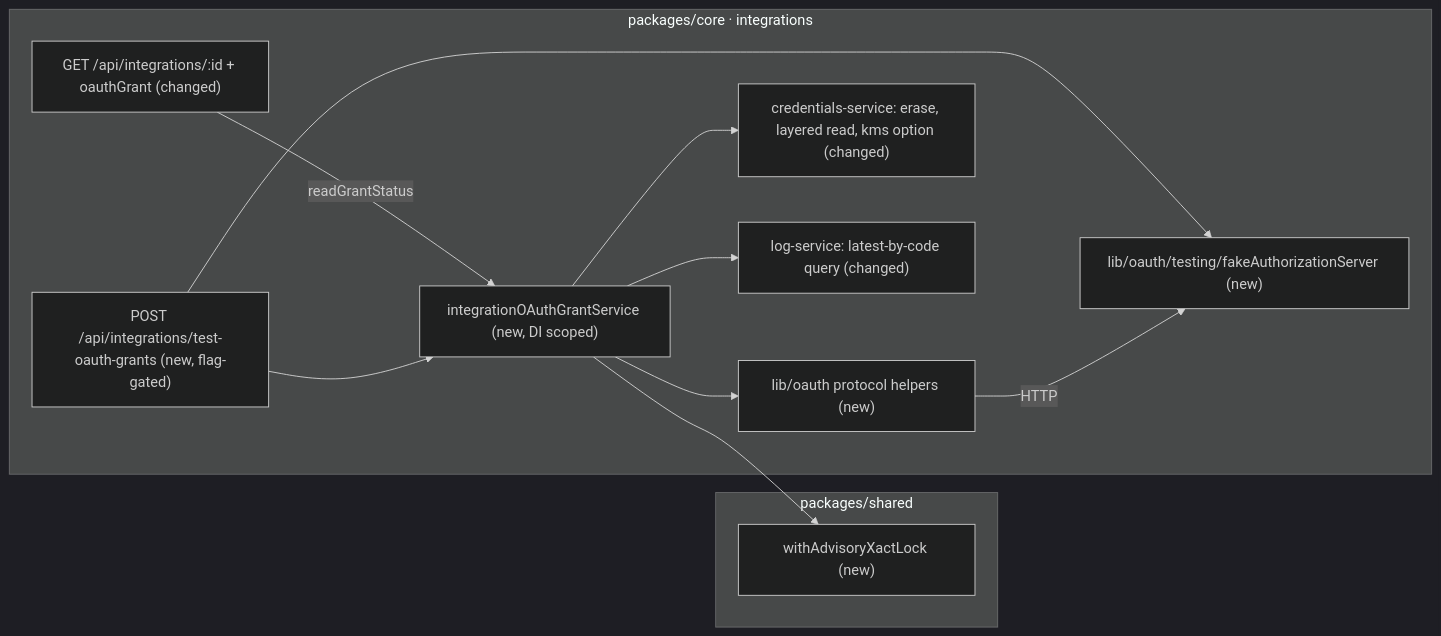
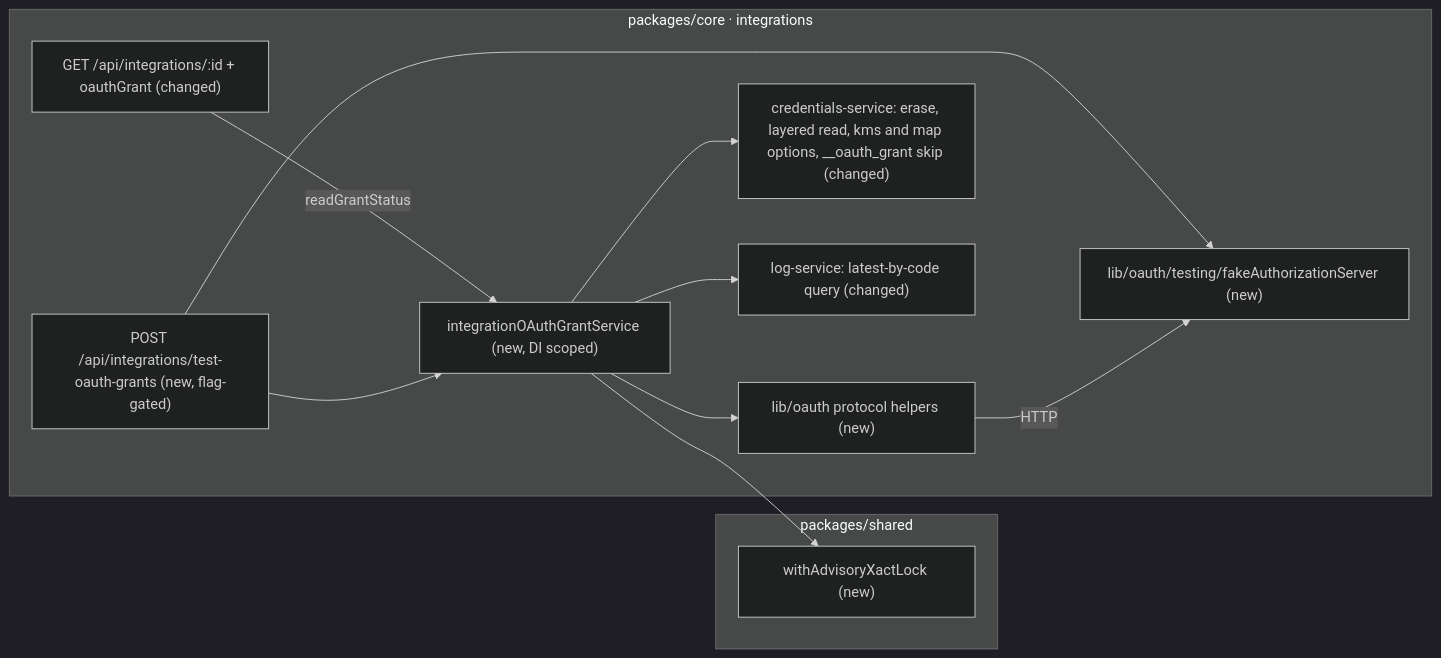
One commit to open-mercato/open-mercato changed the diagram in .ai/specs/2026-10-01-oauth2-grant-lifecycle-core.md. Above: the diagram before and after it, drawn with Mermaid (dark theme). The commit also changed other lines of this file and 1 other file, not shown here.

````diff
--- a/.ai/specs/2026-10-01-oauth2-grant-lifecycle-core.md
+++ b/.ai/specs/2026-10-01-oauth2-grant-lifecycle-core.md
@@ -53,23 +53,23 @@
 ```mermaid
 flowchart LR
   subgraph shared["packages/shared"]
     L["withAdvisoryXactLock (new)"]
   end
   subgraph core["packages/core · integrations"]
     P["lib/oauth protocol helpers (new)"]
     G["integrationOAuthGrantService (new, DI scoped)"]
-    C["credentials-service: erase, layered read, kms option (changed)"]
+    C["credentials-service: erase, layered read, kms and map options, __oauth_grant skip (changed)"]
     LG["log-service: latest-by-code query (changed)"]
     D["GET /api/integrations/:id + oauthGrant (changed)"]
     T["POST /api/integrations/test-oauth-grants (new, flag-gated)"]
     F["lib/oauth/testing/fakeAuthorizationServer (new)"]
   end
   G --> L
   G --> P
   G --> C
   G --> LG
   D -->|readGrantStatus| G
   T --> G
   T --> F
   P -->|HTTP| F
 ```
````
